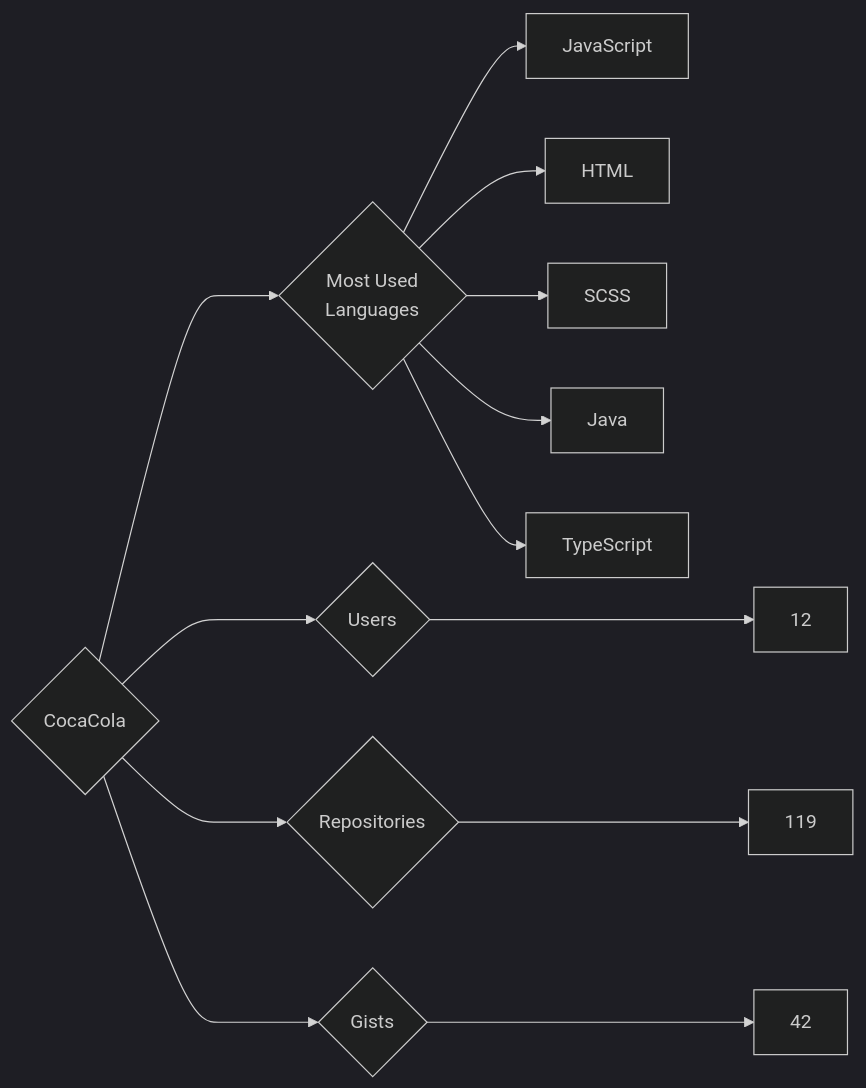
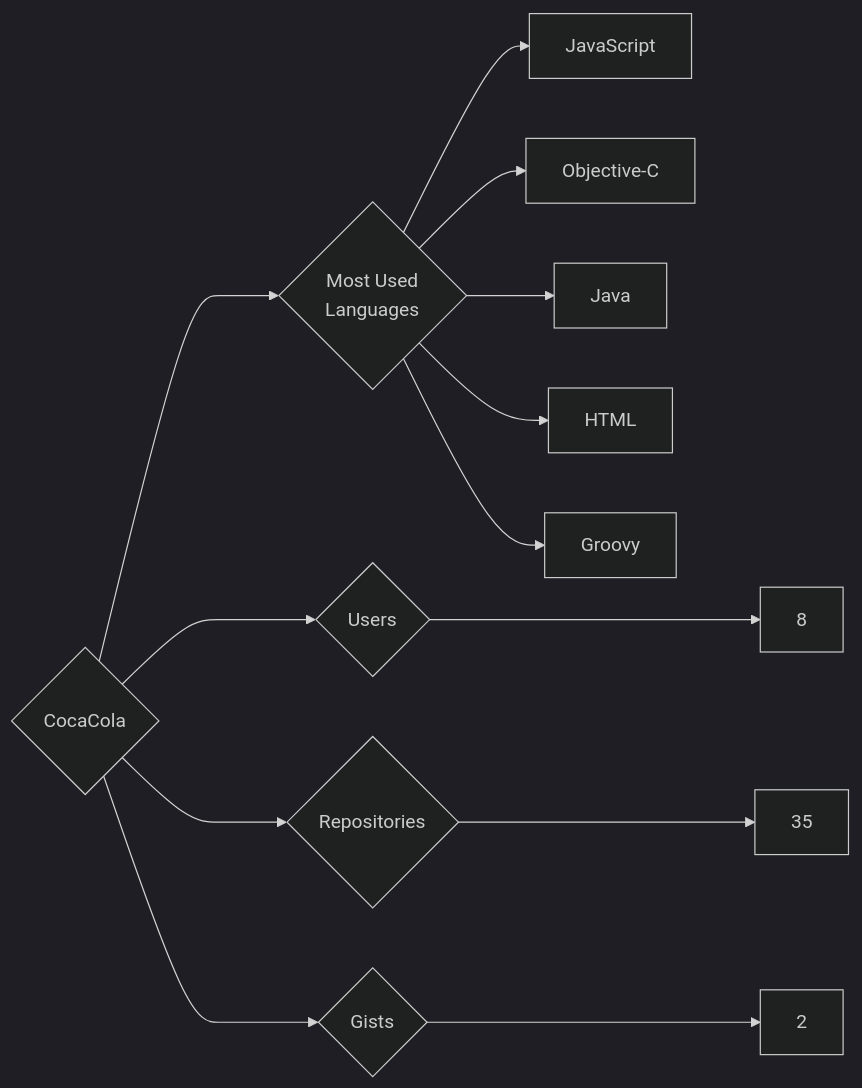
One commit to trickest/insiders changed the diagram in targets/CocaCola/README.md. Above: the diagram before and after it, drawn with Mermaid (dark theme). The commit also changed 757 other files, not shown here.

````diff
--- a/targets/CocaCola/README.md
+++ b/targets/CocaCola/README.md
@@ -3,13 +3,13 @@
 ```mermaid
 graph LR
 COMPANY_NAME{CocaCola}
-COMPANY_NAME ---> U{Users} ---> UN[12]
-COMPANY_NAME ---> R{Repositories} ---> RN[119]
-COMPANY_NAME ---> G{Gists} ---> GN[42]
+COMPANY_NAME ---> U{Users} ---> UN[8]
+COMPANY_NAME ---> R{Repositories} ---> RN[35]
+COMPANY_NAME ---> G{Gists} ---> GN[2]
 COMPANY_NAME ---> ML{Most Used<br>Languages}
 ML --> JavaScript[JavaScript]
+ML --> Objective-C[Objective-C]
+ML --> Java[Java]
 ML --> HTML[HTML]
-ML --> SCSS[SCSS]
-ML --> Java[Java]
-ML --> TypeScript[TypeScript]
+ML --> Groovy[Groovy]
 ```
````
